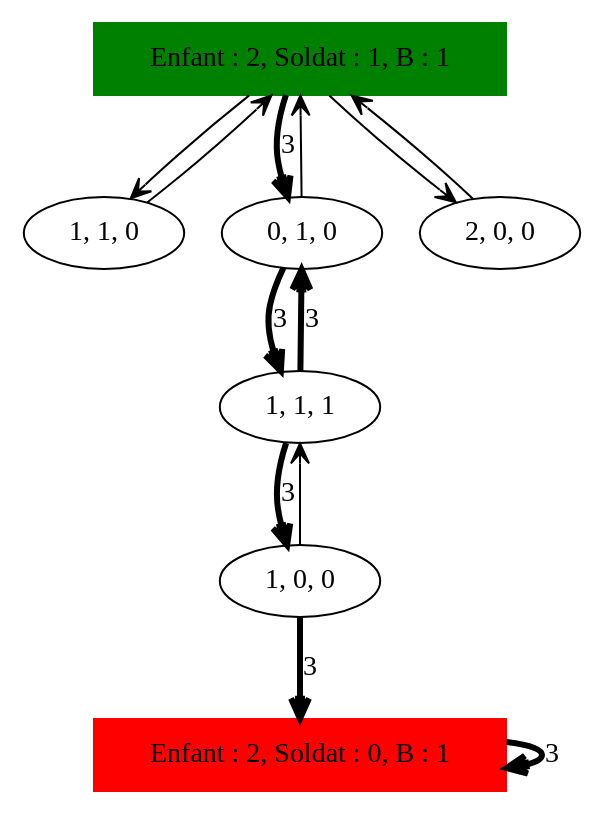
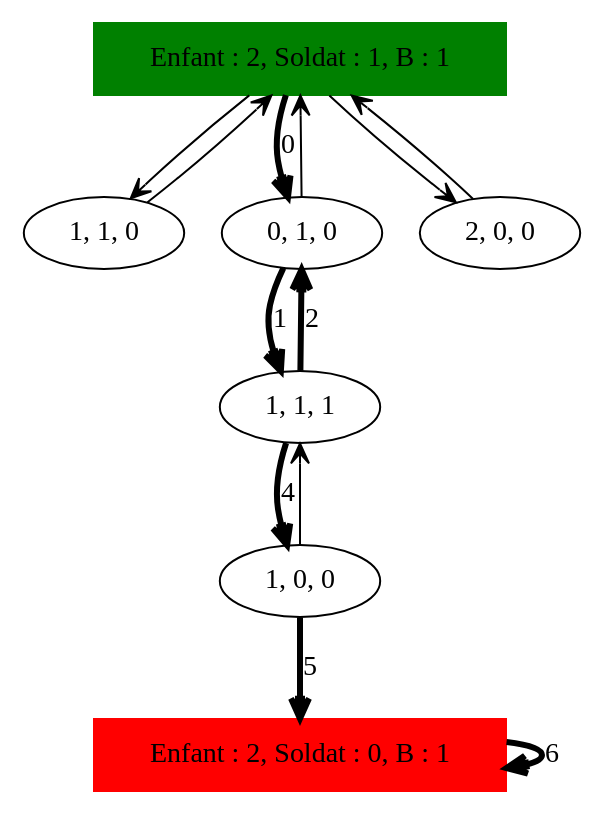
The diagram in Concept_IA_Ben_dhiab_Roblin/DOT/Soldat/Soldat_Sol_3.dot (samsoucoupe/concept-a-ia), drawn with Graphviz before and after one commit. The commit also changed 251 other files, not shown here.

```diff
--- a/Concept_IA_Ben_dhiab_Roblin/DOT/Soldat/Soldat_Sol_3.dot
+++ b/Concept_IA_Ben_dhiab_Roblin/DOT/Soldat/Soldat_Sol_3.dot
@@ -1,16 +1,16 @@
 digraph Soldat_Sol_ {
 	initial [label="Enfant : 2, Soldat : 1, B : 1" color=green shape=box style=filled]
 	final [label="Enfant : 2, Soldat : 0, B : 1" color=red shape=box style=filled]
 	initial -> "1, 1, 0" [arrowhead=open]
-	initial -> "0, 1, 0" [label=3 arrowhead=open penwidth=3]
+	initial -> "0, 1, 0" [label=0 arrowhead=open penwidth=3]
 	initial -> "2, 0, 0" [arrowhead=open]
 	"2, 0, 0" -> initial [arrowhead=open]
-	"0, 1, 0" -> "1, 1, 1" [label=3 arrowhead=open penwidth=3]
+	"0, 1, 0" -> "1, 1, 1" [label=1 arrowhead=open penwidth=3]
 	"0, 1, 0" -> initial [arrowhead=open]
-	"1, 1, 1" -> "0, 1, 0" [label=3 arrowhead=open penwidth=3]
-	"1, 1, 1" -> "1, 0, 0" [label=3 arrowhead=open penwidth=3]
-	"1, 0, 0" -> final [label=3 arrowhead=open penwidth=3]
+	"1, 1, 1" -> "0, 1, 0" [label=2 arrowhead=open penwidth=3]
+	"1, 1, 1" -> "1, 0, 0" [label=4 arrowhead=open penwidth=3]
+	"1, 0, 0" -> final [label=5 arrowhead=open penwidth=3]
 	"1, 0, 0" -> "1, 1, 1" [arrowhead=open]
-	final -> final [label=3 arrowhead=open penwidth=3]
+	final -> final [label=6 arrowhead=open penwidth=3]
 	"1, 1, 0" -> initial [arrowhead=open]
 }
```
